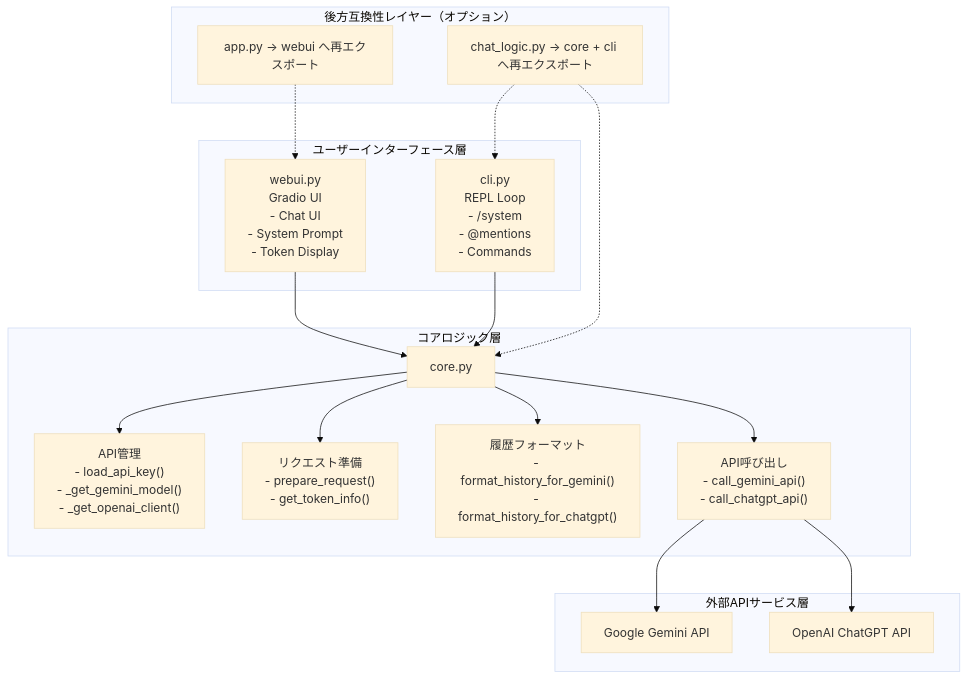
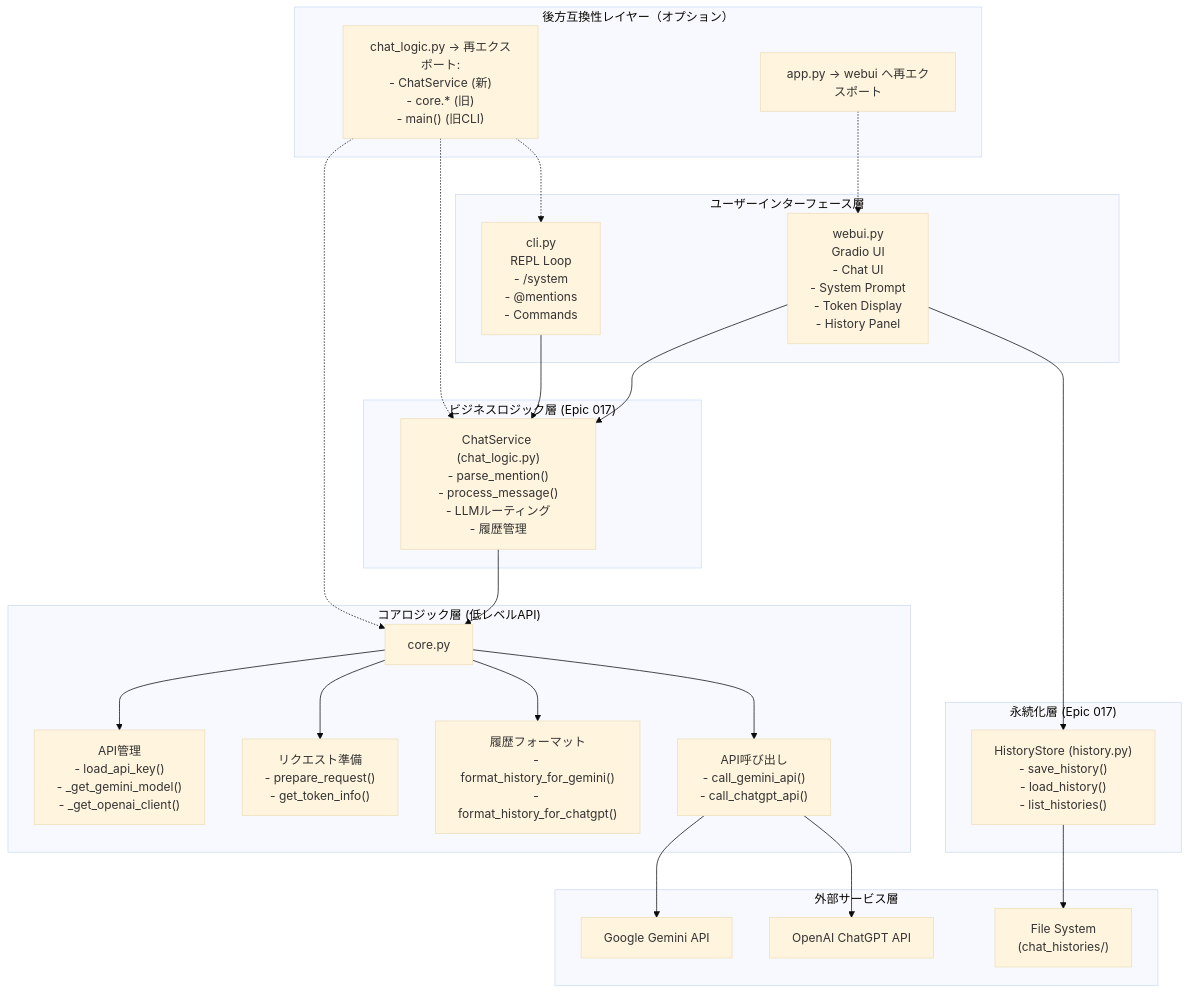
Before and after one commit to aoitan/multi-llm-chat: the first of 3 diagrams in doc/architecture.md, drawn with Mermaid (base theme). The commit also changed other lines of this file, not shown here.

First line of the commit message:
docs: ChatServiceの設計をarchitecture.mdに追加

````diff
--- a/doc/architecture.md
+++ b/doc/architecture.md
@@ -9,37 +9,50 @@
 ```mermaid
 graph TB
     subgraph UI["ユーザーインターフェース層"]
-        WebUI["webui.py<br/>Gradio UI<br/>- Chat UI<br/>- System Prompt<br/>- Token Display"]
+        WebUI["webui.py<br/>Gradio UI<br/>- Chat UI<br/>- System Prompt<br/>- Token Display<br/>- History Panel"]
         CLI["cli.py<br/>REPL Loop<br/>- /system<br/>- @mentions<br/>- Commands"]
     end
     
-    subgraph Core["コアロジック層"]
+    subgraph Service["ビジネスロジック層 (Epic 017)"]
+        ChatService["ChatService (chat_logic.py)<br/>- parse_mention()<br/>- process_message()<br/>- LLMルーティング<br/>- 履歴管理"]
+    end
+    
+    subgraph Core["コアロジック層 (低レベルAPI)"]
         CorePy["core.py"]
         API["API管理<br/>- load_api_key()<br/>- _get_gemini_model()<br/>- _get_openai_client()"]
         Req["リクエスト準備<br/>- prepare_request()<br/>- get_token_info()"]
         Fmt["履歴フォーマット<br/>- format_history_for_gemini()<br/>- format_history_for_chatgpt()"]
         Call["API呼び出し<br/>- call_gemini_api()<br/>- call_chatgpt_api()"]
     end
     
-    subgraph External["外部APIサービス層"]
+    subgraph Persistence["永続化層 (Epic 017)"]
+        HistoryStore["HistoryStore (history.py)<br/>- save_history()<br/>- load_history()<br/>- list_histories()"]
+    end
+    
+    subgraph External["外部サービス層"]
         Gemini["Google Gemini API"]
         ChatGPT["OpenAI ChatGPT API"]
+        FileSystem["File System<br/>(chat_histories/)"]
     end
     
     subgraph Compat["後方互換性レイヤー（オプション）"]
         AppPy["app.py → webui へ再エクスポート"]
-        ChatLogic["chat_logic.py → core + cli へ再エクスポート"]
+        ChatLogic["chat_logic.py → 再エクスポート:<br/>- ChatService (新)<br/>- core.* (旧)<br/>- main() (旧CLI)"]
     end
     
-    WebUI --> CorePy
-    CLI --> CorePy
+    WebUI --> ChatService
+    CLI --> ChatService
+    WebUI --> HistoryStore
+    ChatService --> CorePy
     CorePy --> API
     CorePy --> Req
     CorePy --> Fmt
     CorePy --> Call
     Call --> Gemini
     Call --> ChatGPT
+    HistoryStore --> FileSystem
     AppPy -.-> WebUI
+    ChatLogic -.-> ChatService
     ChatLogic -.-> CorePy
     ChatLogic -.-> CLI
 ```
````
